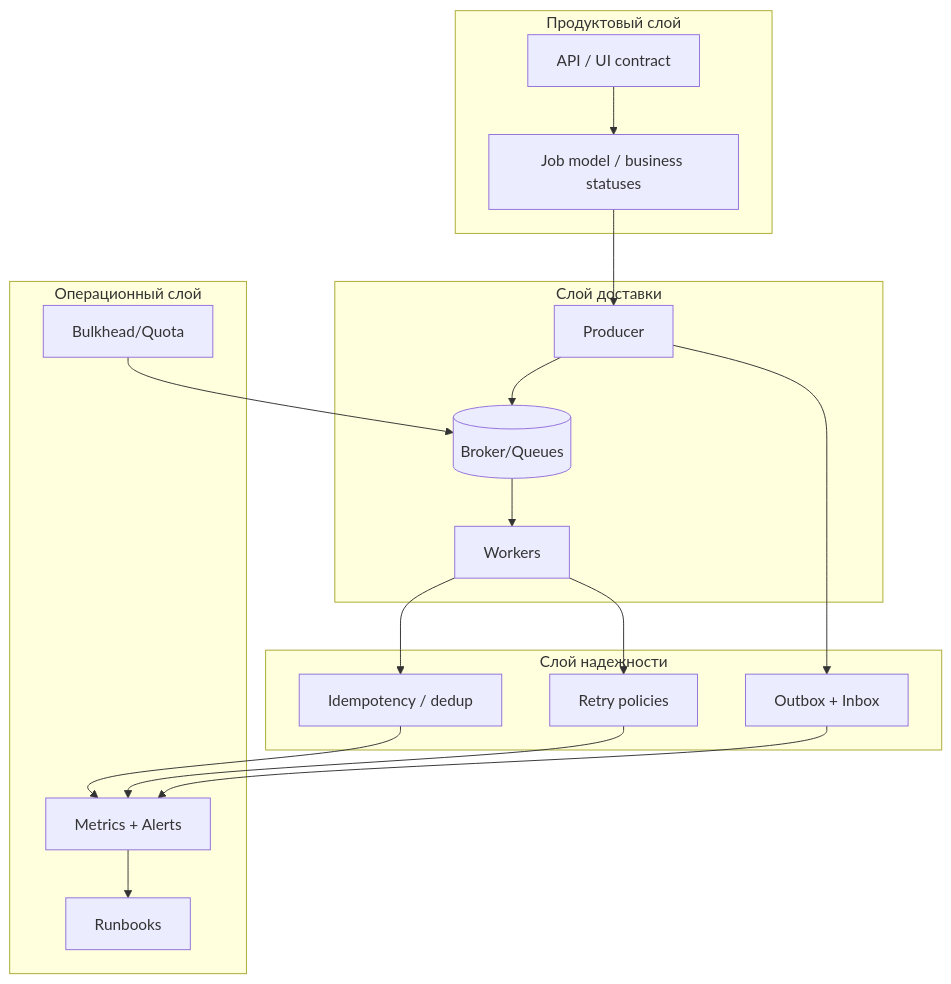
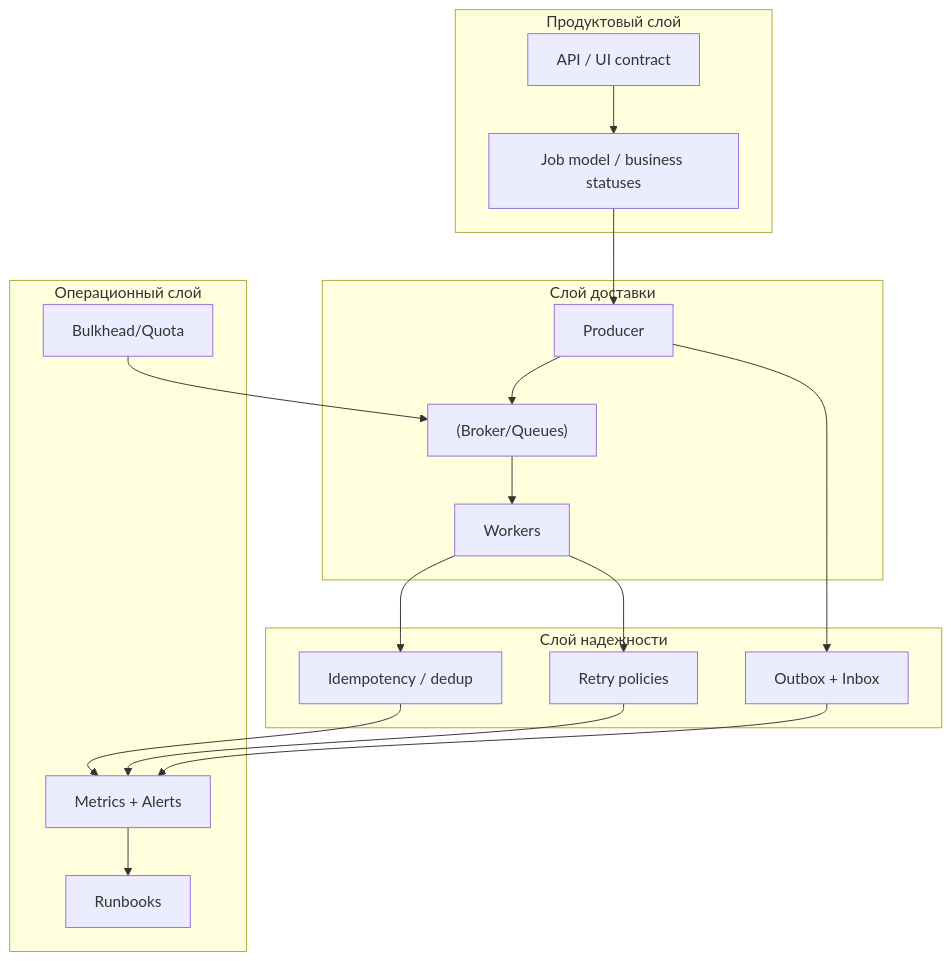
Before and after one commit to DDoSKudya/ai-study-atlas: the diagram in directions/services/celery/pact/20_prakticheskie_arkhitekturnye_patterny/18_20_20_8_prakticheskiy_operatsionnyy_kontur_dopolnenie_k_chasti_20.md, drawn with Mermaid. The commit also changed 322 other files, not shown here.

Commit message:
fix(docs): make mermaid diagrams GitHub-compatible across directions content

````diff
--- a/directions/services/celery/pact/20_prakticheskie_arkhitekturnye_patterny/18_20_20_8_prakticheskiy_operatsionnyy_kontur_dopolnenie_k_chasti_20.md
+++ b/directions/services/celery/pact/20_prakticheskie_arkhitekturnye_patterny/18_20_20_8_prakticheskiy_operatsionnyy_kontur_dopolnenie_k_chasti_20.md
@@ -169,32 +169,32 @@
 ```mermaid
 flowchart TB
   subgraph Product["Продуктовый слой"]
-    API[API / UI contract]
-    JOB[Job model / business statuses]
+    API["API / UI contract"]
+    JOB["Job model / business statuses"]
   end
   subgraph Messaging["Слой доставки"]
-    PROD[Producer]
-    BR[(Broker/Queues)]
-    WORK[Workers]
+    PROD["Producer"]
+    BR["(Broker/Queues)"]
+    WORK["Workers"]
   end
   subgraph Reliability["Слой надежности"]
-    IDEM[Idempotency / dedup]
-    OUTIN[Outbox + Inbox]
-    RETRY[Retry policies]
+    IDEM["Idempotency / dedup"]
+    OUTIN["Outbox + Inbox"]
+    RETRY["Retry policies"]
   end
   subgraph Ops["Операционный слой"]
-    MET[Metrics + Alerts]
-    RB[Runbooks]
-    ISO[Bulkhead/Quota]
+    MET["Metrics + Alerts"]
+    RB["Runbooks"]
+    ISO["Bulkhead/Quota"]
   end
 
   API --> JOB --> PROD --> BR --> WORK
   WORK --> IDEM
   PROD --> OUTIN
   WORK --> RETRY
   IDEM --> MET
   OUTIN --> MET
   RETRY --> MET
   MET --> RB
   ISO --> BR
 ```
````
